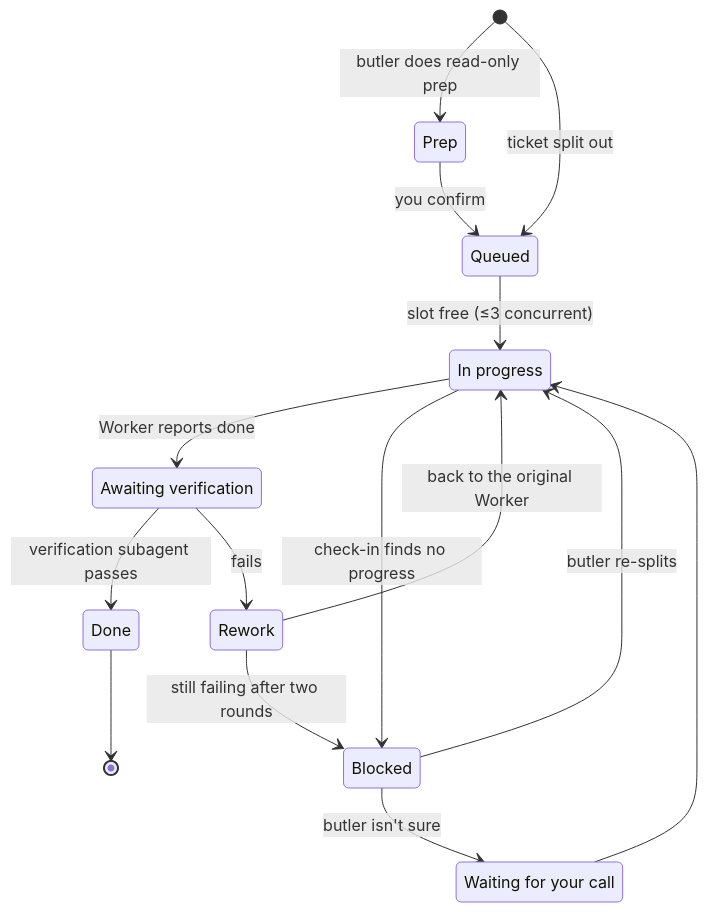
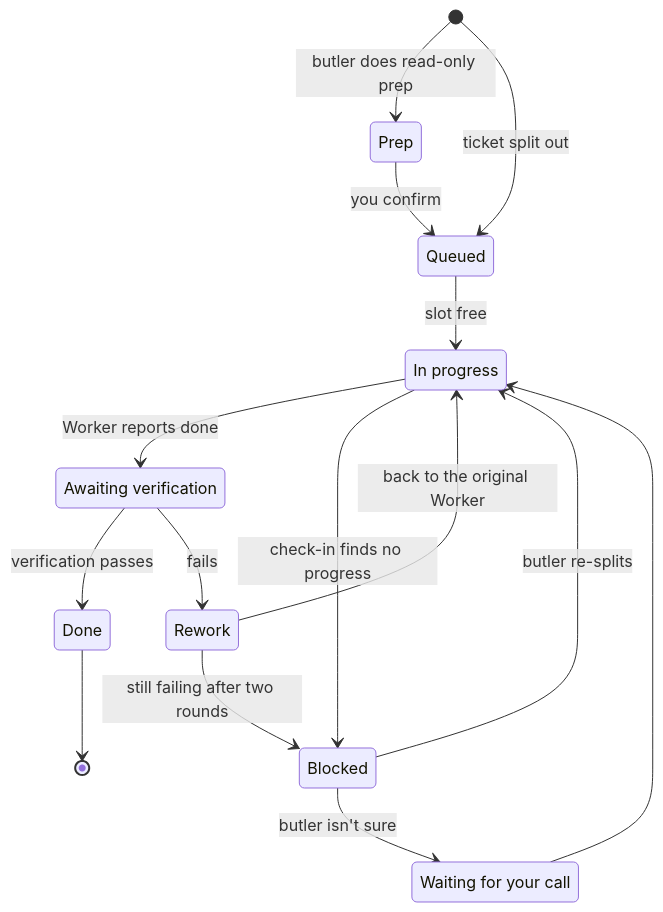
One commit to veragao0101-cmd/butler-skill changed the second of 2 diagrams in README.md. Above: the diagram before and after it, drawn with Mermaid. The commit also changed other lines of this file and 9 other files, not shown here.

````diff
--- a/README.md
+++ b/README.md
@@ -97,26 +97,26 @@
 ```mermaid
 stateDiagram-v2
     state "Prep" as Prep
     state "Queued" as Queued
     state "In progress" as InProgress
     state "Awaiting verification" as Verify
     state "Rework" as Rework
     state "Blocked" as Blocked
     state "Waiting for your call" as Decide
     state "Done" as Done
 
     [*] --> Prep: butler does read-only prep
     [*] --> Queued: ticket split out
     Prep --> Queued: you confirm
-    Queued --> InProgress: slot free (≤3 concurrent)
+    Queued --> InProgress: slot free
     InProgress --> Verify: Worker reports done
     InProgress --> Blocked: check-in finds no progress
-    Verify --> Done: verification subagent passes
+    Verify --> Done: verification passes
     Verify --> Rework: fails
     Rework --> InProgress: back to the original Worker
     Rework --> Blocked: still failing after two rounds
     Blocked --> InProgress: butler re-splits
     Blocked --> Decide: butler isn't sure
     Decide --> InProgress
     Done --> [*]
 ```
````
